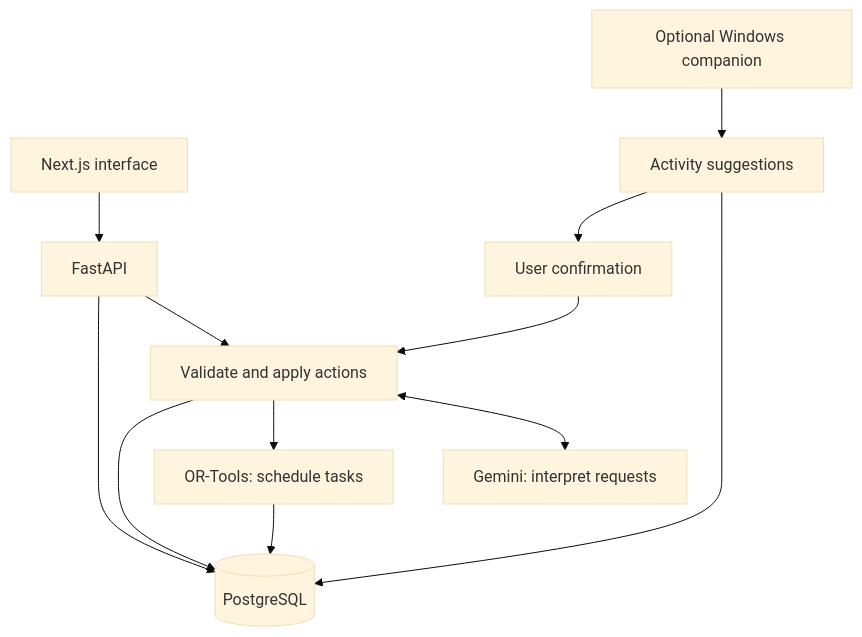
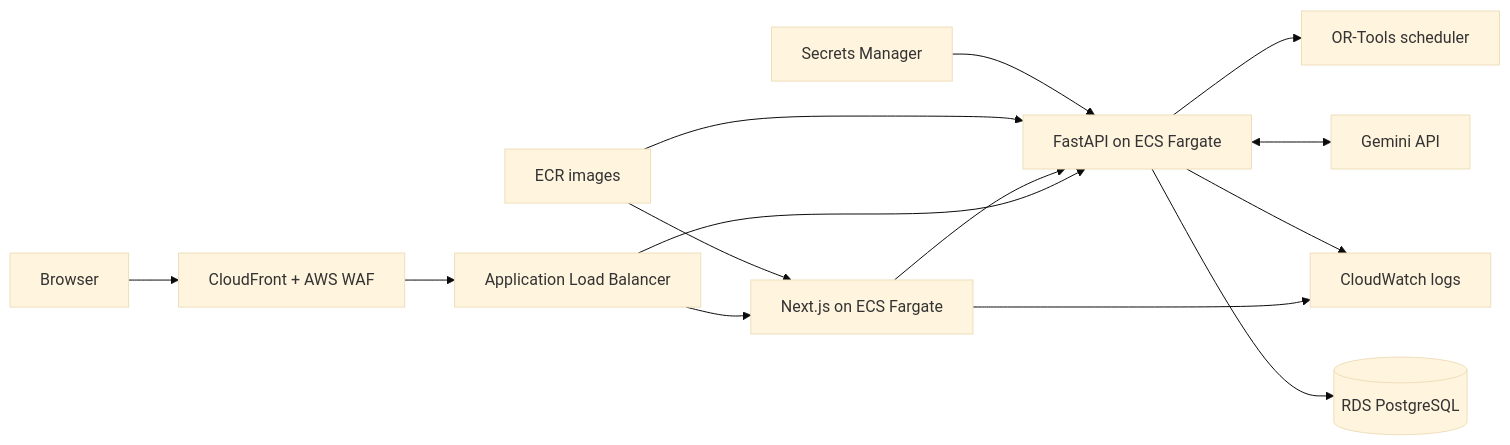
The diagram in README.md (alex-rogo/ai-life-planner), drawn with Mermaid (base theme) before and after one commit. The commit also changed other lines of this file and 20 other files, not shown here.

````diff
--- a/README.md
+++ b/README.md
@@ -46,14 +47,16 @@
 ```mermaid
-flowchart TD
-    Web[Next.js interface] --> API[FastAPI]
-    API --> Actions[Validate and apply actions]
-    Actions <--> Gemini[Gemini: interpret requests]
-    Actions --> Solver[OR-Tools: schedule tasks]
-    Actions --> DB[(PostgreSQL)]
-    Solver --> DB
-    API --> DB
-    Agent[Optional Windows companion] --> Activity[Activity suggestions]
-    Activity --> DB
-    Activity --> Confirm[User confirmation]
-    Confirm --> Actions
+flowchart LR
+    User[Browser] --> CF[CloudFront + AWS WAF]
+    CF --> ALB[Application Load Balancer]
+    ALB --> Web[Next.js on ECS Fargate]
+    ALB --> API[FastAPI on ECS Fargate]
+    Web --> API
+    API --> Solver[OR-Tools scheduler]
+    API <--> Gemini[Gemini API]
+    API --> DB[(RDS PostgreSQL)]
+    ECR[ECR images] --> Web
+    ECR --> API
+    Secrets[Secrets Manager] --> API
+    Web --> Logs[CloudWatch logs]
+    API --> Logs
 ```
````
